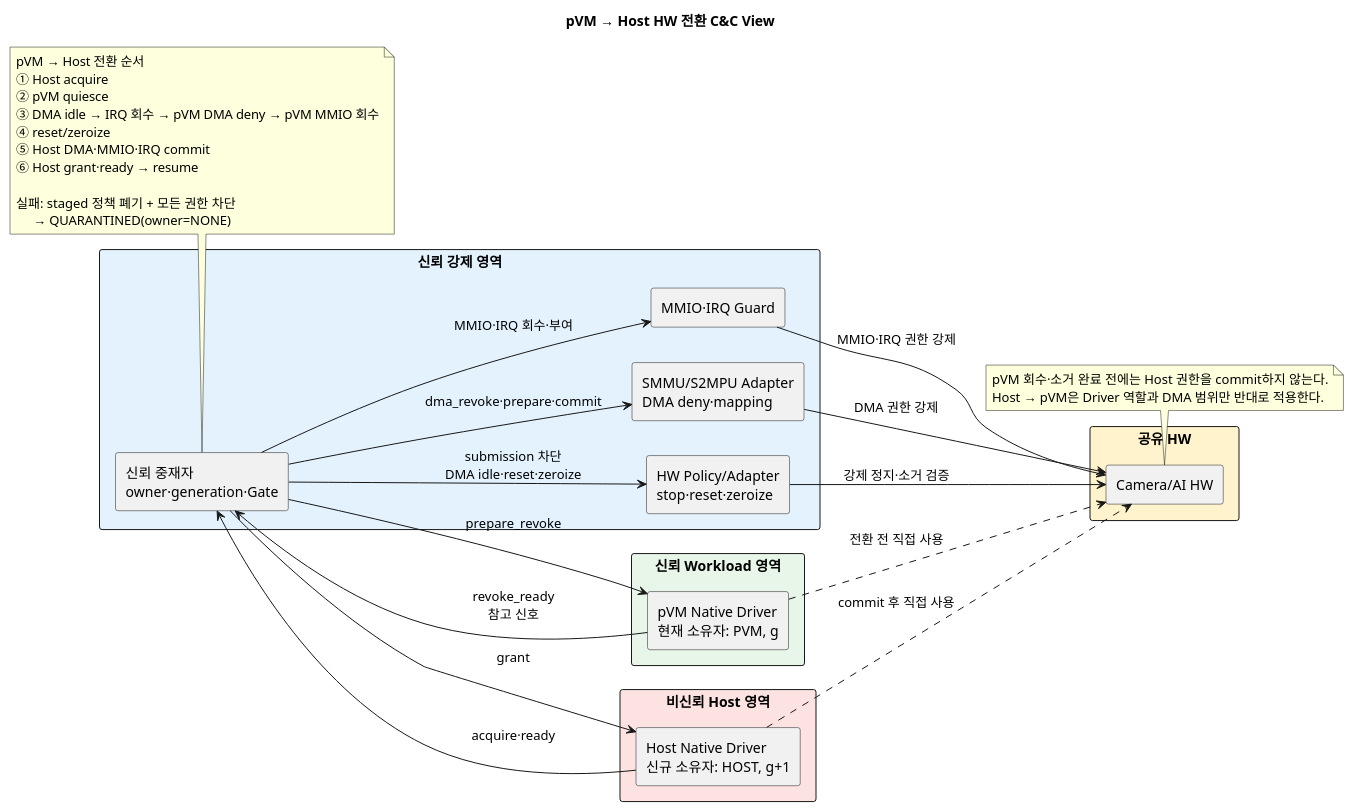
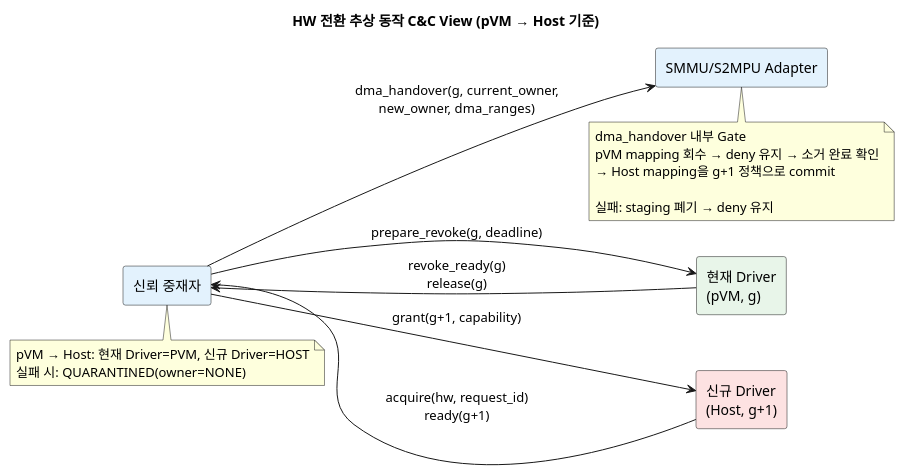
Before and after one commit to boram1288/test-p: the first of 2 diagrams in docs-align/품질위협_문제1_HW공유_기밀데이터_노출.md, drawn with PlantUML. The commit also changed other lines of this file, not shown here.

Commit message:
SMMU 전환 동작과 C&C View 단순화
DMA 회수·deny·신규 정책 commit을 dma_handover로 통합하고 호출 방향 기준 참여자로 정리

````diff
--- a/docs-align/품질위협_문제1_HW공유_기밀데이터_노출.md
+++ b/docs-align/품질위협_문제1_HW공유_기밀데이터_노출.md
@@ -118,62 +117,35 @@
 ```plantuml
 @startuml
-title pVM → Host HW 전환 C&C View
+title HW 전환 추상 동작 C&C View (pVM → Host 기준)
 
 left to right direction
 skinparam componentStyle rectangle
 skinparam packageStyle rectangle
 
-package "신뢰 Workload 영역" #E8F5E9 {
-  component "pVM Native Driver\n현재 소유자: PVM, g" as PvmDrv
-}
+component "현재 Driver\n(pVM, g)" as CurrentDriver #E8F5E9
+component "신규 Driver\n(Host, g+1)" as NewDriver #FDE2E2
+component "신뢰 중재자" as Arbiter #E3F2FD
+component "SMMU/S2MPU Adapter" as DmaAdapter #E3F2FD
 
-package "비신뢰 Host 영역" #FDE2E2 {
-  component "Host Native Driver\n신규 소유자: HOST, g+1" as HostDrv
-}
+NewDriver --> Arbiter : acquire(hw, request_id)\nready(g+1)
+Arbiter --> NewDriver : grant(g+1, capability)
 
-package "신뢰 강제 영역" #E3F2FD {
-  component "신뢰 중재자\nowner·generation·Gate" as Arb
-  component "MMIO·IRQ Guard" as Guard
-  component "SMMU/S2MPU Adapter\nDMA deny·mapping" as Smmu
-  component "HW Policy/Adapter\nstop·reset·zeroize" as HwAdapter
-}
+Arbiter --> CurrentDriver : prepare_revoke(g, deadline)
+CurrentDriver --> Arbiter : revoke_ready(g)\nrelease(g)
 
-package "공유 HW" #FFF3CD {
-  component "Camera/AI HW" as HW
-}
+Arbiter --> DmaAdapter : dma_handover(g, current_owner,\nnew_owner, dma_ranges)
 
-HostDrv --> Arb : acquire·ready
-Arb --> HostDrv : grant
-Arb --> PvmDrv : prepare_revoke
-PvmDrv --> Arb : revoke_ready\n참고 신호
+note bottom of DmaAdapter
+  dma_handover 내부 Gate
+  pVM mapping 회수 → deny 유지 → 소거 완료 확인
+  → Host mapping을 g+1 정책으로 commit
 
-Arb --> HwAdapter : submission 차단\nDMA idle·reset·zeroize
-Arb --> Smmu : dma_revoke·prepare·commit
-Arb --> Guard : MMIO·IRQ 회수·부여
-
-HwAdapter --> HW : 강제 정지·소거 검증
-Smmu --> HW : DMA 권한 강제
-Guard --> HW : MMIO·IRQ 권한 강제
-
-PvmDrv ..> HW : 전환 전 직접 사용
-HostDrv ..> HW : commit 후 직접 사용
-
-note bottom of Arb
-  pVM → Host 전환 순서
-  ① Host acquire
-  ② pVM quiesce
-  ③ DMA idle → IRQ 회수 → pVM DMA deny → pVM MMIO 회수
-  ④ reset/zeroize
-  ⑤ Host DMA·MMIO·IRQ commit
-  ⑥ Host grant·ready → resume
-
-  실패: staged 정책 폐기 + 모든 권한 차단
-       → QUARANTINED(owner=NONE)
+  실패: staging 폐기 → deny 유지
 end note
 
-note bottom of HW
-  pVM 회수·소거 완료 전에는 Host 권한을 commit하지 않는다.
-  Host → pVM은 Driver 역할과 DMA 범위만 반대로 적용한다.
+note bottom of Arbiter
+  pVM → Host: 현재 Driver=PVM, 신규 Driver=HOST
+  실패 시: QUARANTINED(owner=NONE)
 end note
 @enduml
 ```
````
